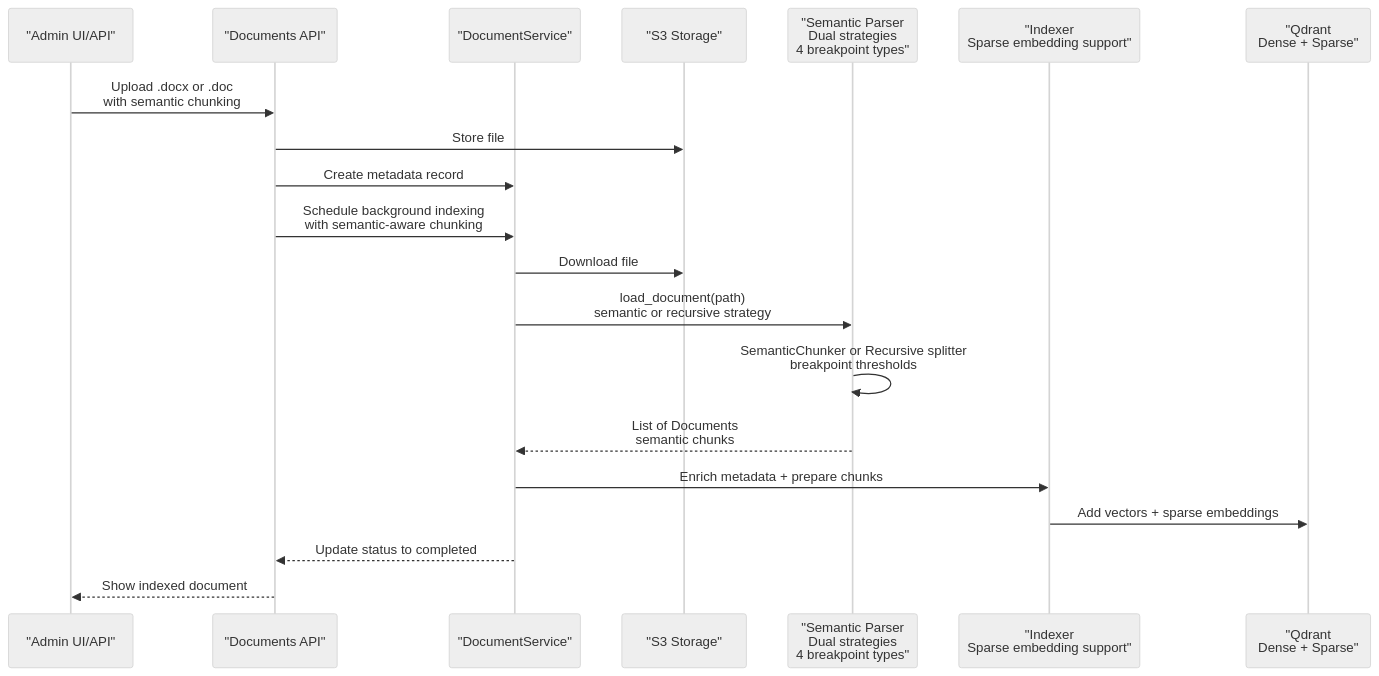
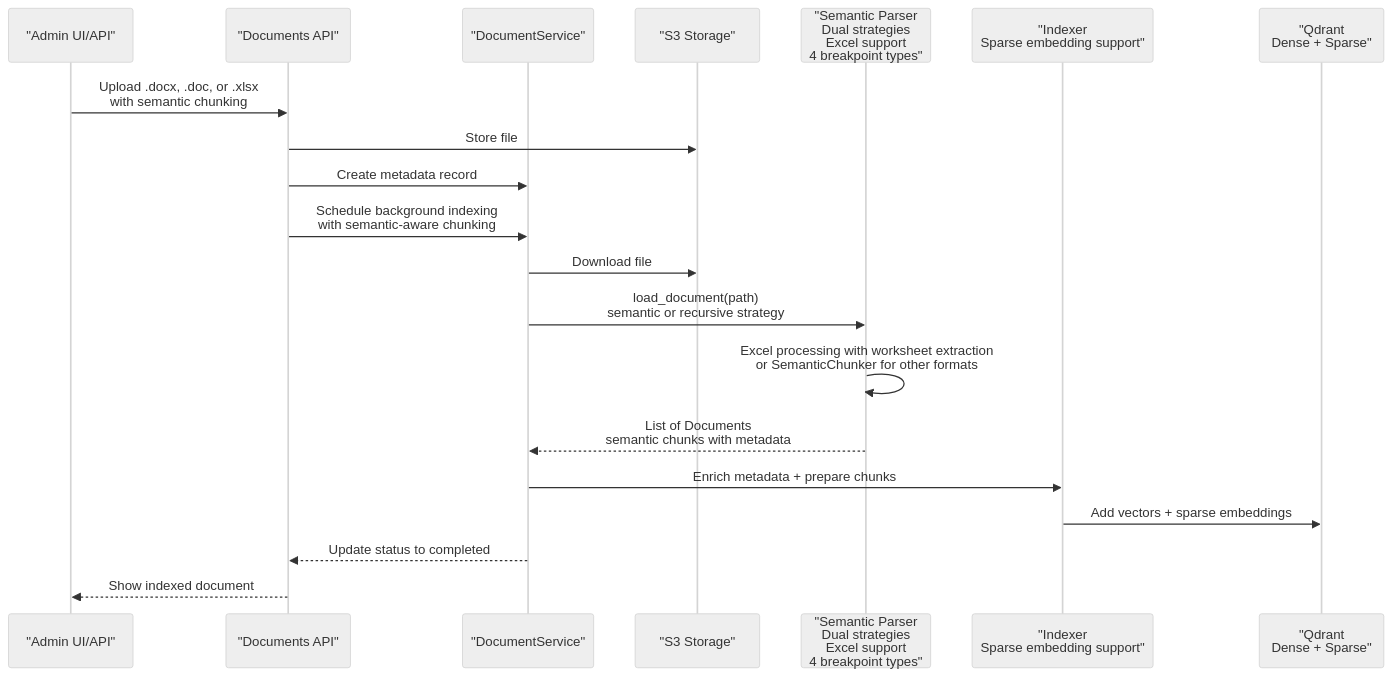
One commit to ognelis/cafetera_hr_bot changed the second of 14 diagrams in .qoder/repowiki/en/content/RAG Integration/RAG Parser Enhancement.md. Above: the diagram before and after it, drawn with Mermaid (neutral theme). The commit also changed other lines of this file and 9 other files, not shown here.

````diff
--- a/.qoder/repowiki/en/content/RAG Integration/RAG Parser Enhancement.md
+++ b/.qoder/repowiki/en/content/RAG Integration/RAG Parser Enhancement.md
@@ -185,22 +202,22 @@
 ```mermaid
 sequenceDiagram
 participant Admin as "Admin UI/API"
 participant API as "Documents API"
 participant Service as "DocumentService"
 participant S3 as "S3 Storage"
-participant Parser as "Semantic Parser<br/>Dual strategies<br/>4 breakpoint types"
+participant Parser as "Semantic Parser<br/>Dual strategies<br/>Excel support<br/>4 breakpoint types"
 participant Indexer as "Indexer<br/>Sparse embedding support"
 participant Qdrant as "Qdrant<br/>Dense + Sparse"
-Admin->>API : Upload .docx or .doc<br/>with semantic chunking
+Admin->>API : Upload .docx, .doc, or .xlsx<br/>with semantic chunking
 API->>S3 : Store file
 API->>Service : Create metadata record
 API->>Service : Schedule background indexing<br/>with semantic-aware chunking
 Service->>S3 : Download file
 Service->>Parser : load_document(path)<br/>semantic or recursive strategy
-Parser->>Parser : SemanticChunker or Recursive splitter<br/>breakpoint thresholds
-Parser-->>Service : List of Documents<br/>semantic chunks
+Parser->>Parser : Excel processing with worksheet extraction<br/>or SemanticChunker for other formats
+Parser-->>Service : List of Documents<br/>semantic chunks with metadata
 Service->>Indexer : Enrich metadata + prepare chunks
 Indexer->>Qdrant : Add vectors + sparse embeddings
 Service-->>API : Update status to completed
 API-->>Admin : Show indexed document
 ```
````
